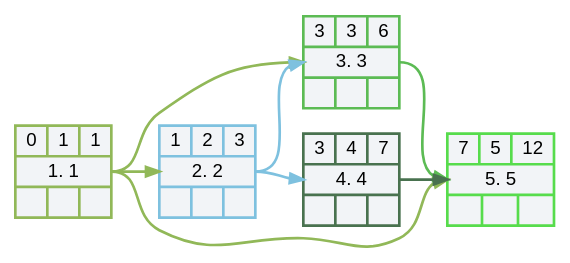
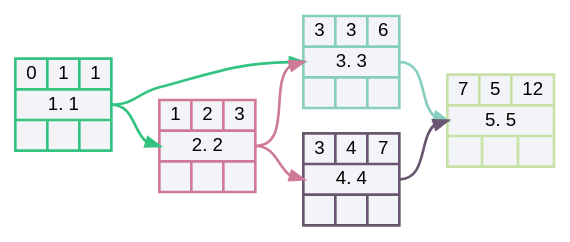
The diagram in files/NetworkGraph02.gv (DVin-programmer/networkGraphics), drawn with Graphviz before and after one commit. The commit also changed 11 other files, not shown here.

```diff
--- a/files/NetworkGraph02.gv
+++ b/files/NetworkGraph02.gv
@@ -1,22 +1,21 @@
         digraph NetworkGraph02
         {
            //graph [charset = "utf8"]
            rankdir = LR
            layout = dot
            splines = spline
            node [style = "filled, bold", fillcolor = "#f2f4f7", fontname = "Arial"]
            edge [penwidth = 2]
-           v1 [fontname = "Arial",color = "#91b858", shape = record, label = "{ 0 | 1 | 1 } |  <mI1> 1. 1 | { |  |  }"]
-   v2 [fontname = "Arial",color = "#7ec1df", shape = record, label = "{ 1 | 2 | 3 } |  <mI2> 2. 2 | { |  |  }"]
-   v3 [fontname = "Arial",color = "#5cbb54", shape = record, label = "{ 3 | 3 | 6 } |  <mI3> 3. 3 | { |  |  }"]
-   v4 [fontname = "Arial",color = "#49724f", shape = record, label = "{ 3 | 4 | 7 } |  <mI4> 4. 4 | { |  |  }"]
-   v5 [fontname = "Arial",color = "#57dc4c", shape = record, label = "{ 7 | 5 | 12 } |  <mI5> 5. 5 | { |  |  }"]
-   v1:<mI1> -> v2:<mI2> [color = "#91b858"]
-   v1:<mI1> -> v3:<mI3> [color = "#91b858"]
-   v2:<mI2> -> v3:<mI3> [color = "#7ec1df"]
-   v2:<mI2> -> v4:<mI4> [color = "#7ec1df"]
-   v1:<mI1> -> v5:<mI5> [color = "#91b858"]
-   v3:<mI3> -> v5:<mI5> [color = "#5cbb54"]
-   v4:<mI4> -> v5:<mI5> [color = "#49724f"]
+           v1 [fontname = "Arial",color = "#34c381", shape = record, label = "{ 0 | 1 | 1 } |  <mI1> 1. 1 | { |  |  }"]
+   v2 [fontname = "Arial",color = "#d07a9a", shape = record, label = "{ 1 | 2 | 3 } |  <mI2> 2. 2 | { |  |  }"]
+   v3 [fontname = "Arial",color = "#86cebe", shape = record, label = "{ 3 | 3 | 6 } |  <mI3> 3. 3 | { |  |  }"]
+   v4 [fontname = "Arial",color = "#695671", shape = record, label = "{ 3 | 4 | 7 } |  <mI4> 4. 4 | { |  |  }"]
+   v5 [fontname = "Arial",color = "#c8e1a6", shape = record, label = "{ 7 | 5 | 12 } |  <mI5> 5. 5 | { |  |  }"]
+   v1:<mI1> -> v2:<mI2> [color = "#34c381"]
+   v2:<mI2> -> v3:<mI3> [color = "#d07a9a"]
+   v1:<mI1> -> v3:<mI3> [color = "#34c381"]
+   v2:<mI2> -> v4:<mI4> [color = "#d07a9a"]
+   v3:<mI3> -> v5:<mI5> [color = "#86cebe"]
+   v4:<mI4> -> v5:<mI5> [color = "#695671"]
 
 }
```
